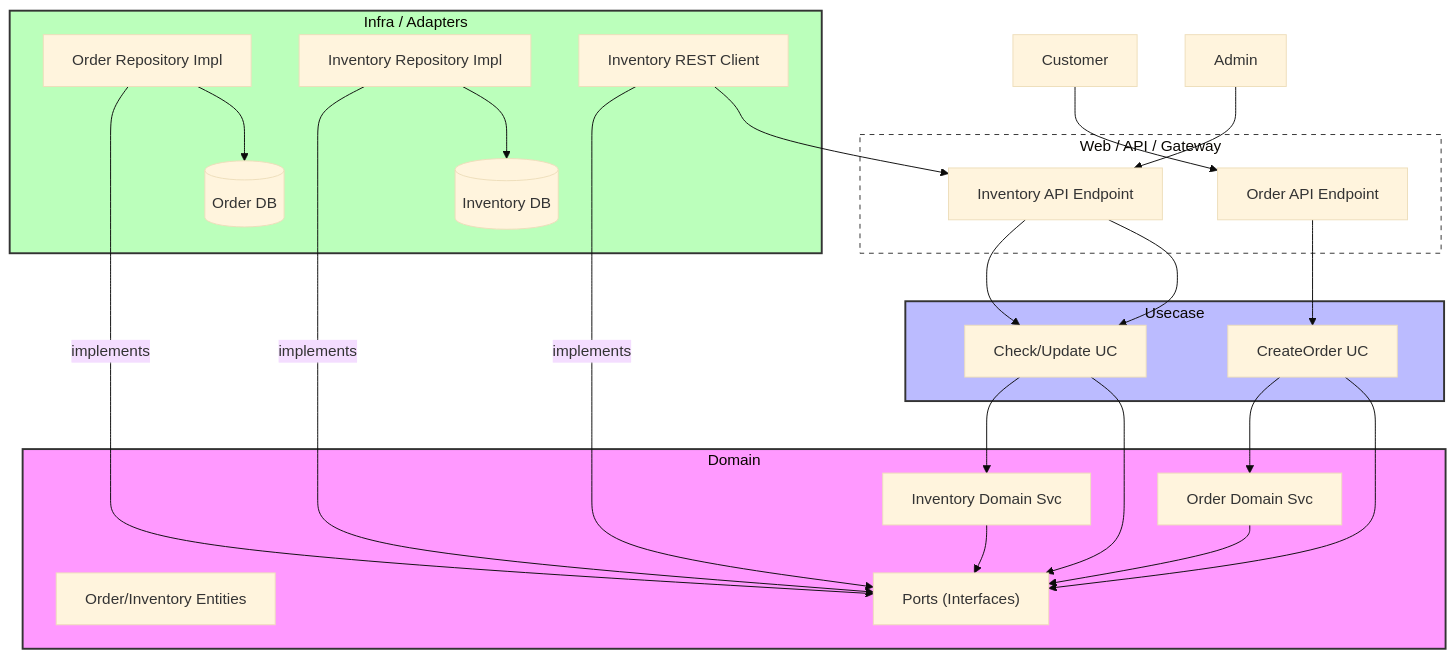
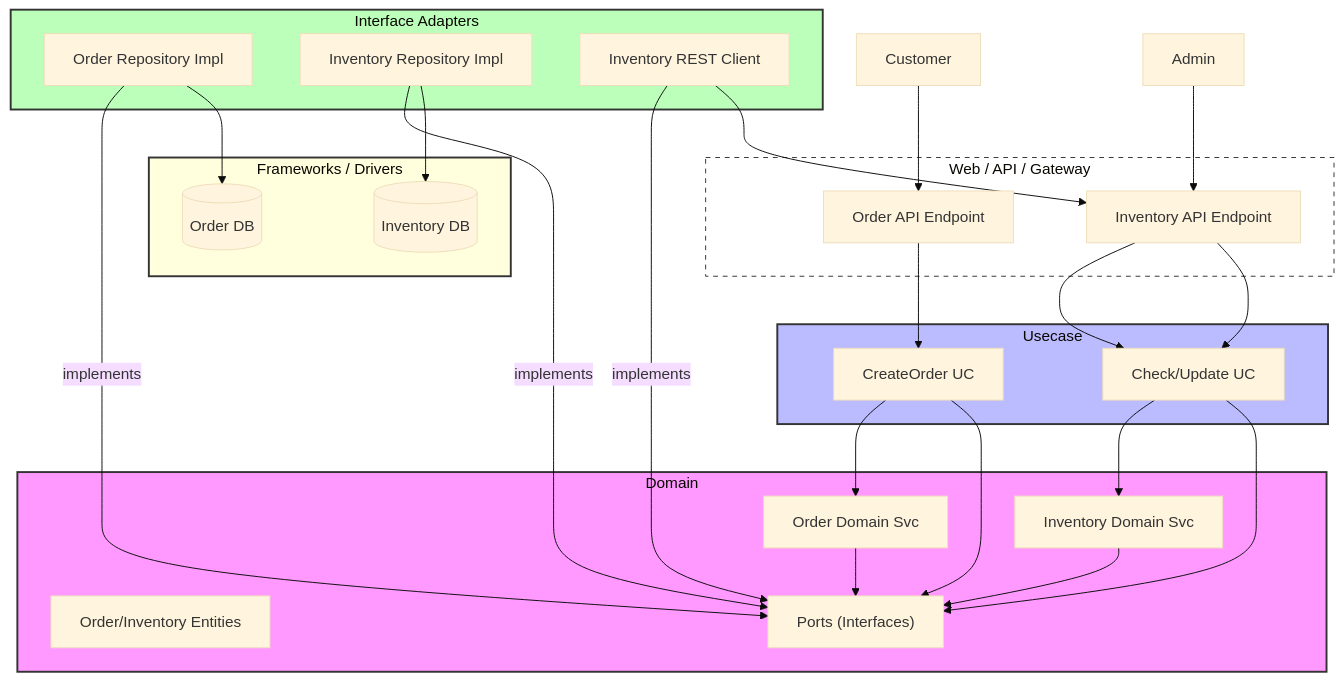
The diagram in software/clean_arch_ws3_en.md (sandy2008/workshop), drawn with Mermaid (base theme) before and after one commit. The commit also changed other lines of this file and 16 other files, not shown here.

````diff
--- a/software/clean_arch_ws3_en.md
+++ b/software/clean_arch_ws3_en.md
@@ -34,68 +38,72 @@
 ```mermaid
 graph TD
     %% External / Frameworks & Drivers
     Customer[Customer]
     Admin[Admin]
 
     subgraph Gateway [Web / API / Gateway]
         OrderAPI[Order API Endpoint]
         InvAPI[Inventory API Endpoint]
     end
 
     subgraph UsecaseLayer [Usecase]
         OrderUC[CreateOrder UC]
         InvUC[Check/Update UC]
     end
 
     subgraph DomainLayer [Domain]
         Entities[Order/Inventory Entities]
         Ports["Ports (Interfaces)"]
         OrderDS[Order Domain Svc]
         InvDS[Inventory Domain Svc]
     end
 
-    subgraph InfraLayer [Infra / Adapters]
+    subgraph AdapterLayer [Interface Adapters]
         OrderRepoImpl[Order Repository Impl]
         InvRepoImpl[Inventory Repository Impl]
         InvClientImpl[Inventory REST Client]
+    end
+
+    subgraph FrameworkLayer [Frameworks / Drivers]
         OrderDB[(Order DB)]
         InvDB[(Inventory DB)]
     end
 
     %% External Access
     Customer --> OrderAPI
     Admin --> InvAPI
 
     %% API to Usecase
     OrderAPI --> OrderUC
     InvAPI --> InvUC
 
     %% Usecase to Domain Dependency
     OrderUC --> OrderDS
     OrderUC --> Ports
     InvUC --> InvDS
     InvUC --> Ports
 
     %% Domain Service to Interface Dependency
     OrderDS --> Ports
     InvDS --> Ports
 
     %% Dependency Inversion (DIP)
     OrderRepoImpl -- "implements" --> Ports
     InvRepoImpl -- "implements" --> Ports
     InvClientImpl -- "implements" --> Ports
 
     %% Implementation to External Resources
     OrderRepoImpl --> OrderDB
     InvRepoImpl --> InvDB
 
     %% Service Integration & Admin Flow Unification
     %% Both Order Service and Admin use the same Inventory API.
     InvClientImpl --> InvAPI
     InvAPI --> InvUC
 
     style DomainLayer fill:#f9f,stroke:#333,stroke-width:2px
     style UsecaseLayer fill:#bbf,stroke:#333,stroke-width:2px
-    style InfraLayer fill:#bfb,stroke:#333,stroke-width:2px
+    style AdapterLayer fill:#bfb,stroke:#333,stroke-width:2px
+    style FrameworkLayer fill:#ffd,stroke:#333,stroke-width:2px
     style Gateway fill:#fff,stroke:#333,stroke-dasharray: 5 5
 ```
````
